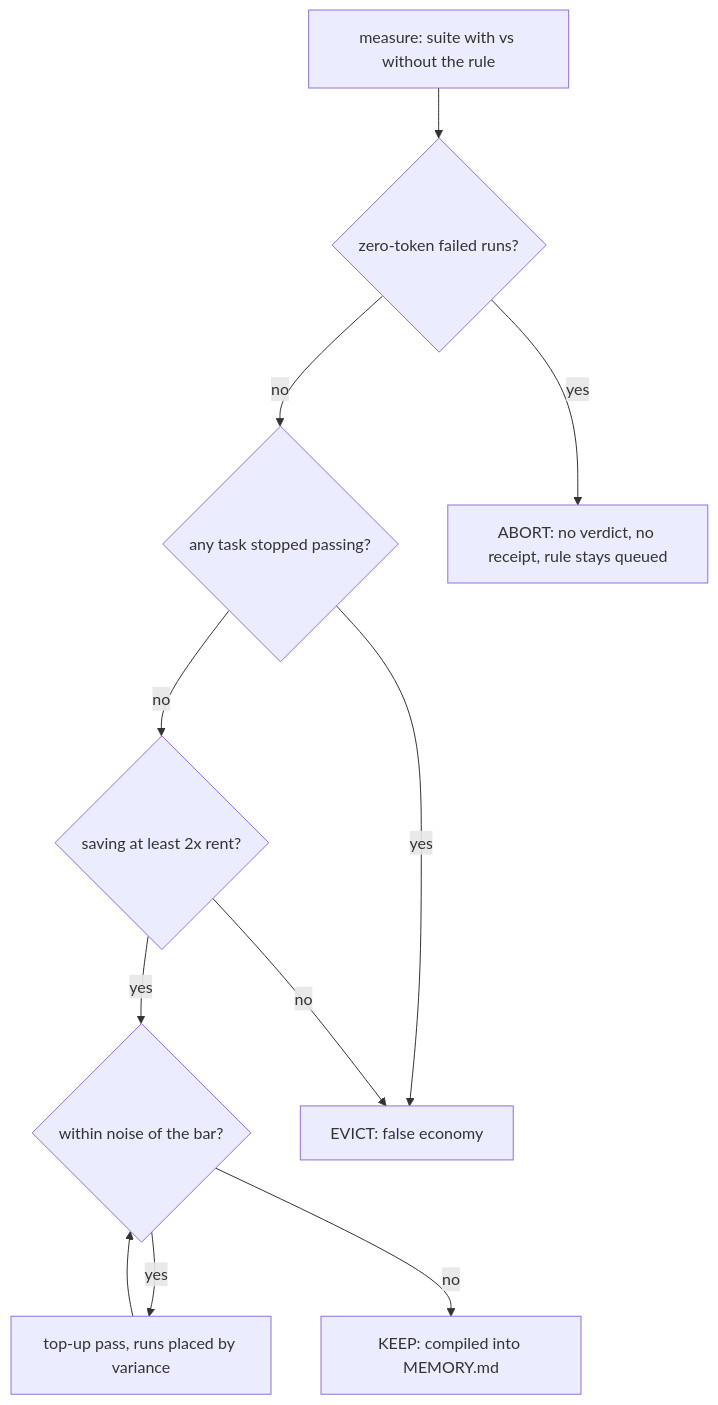
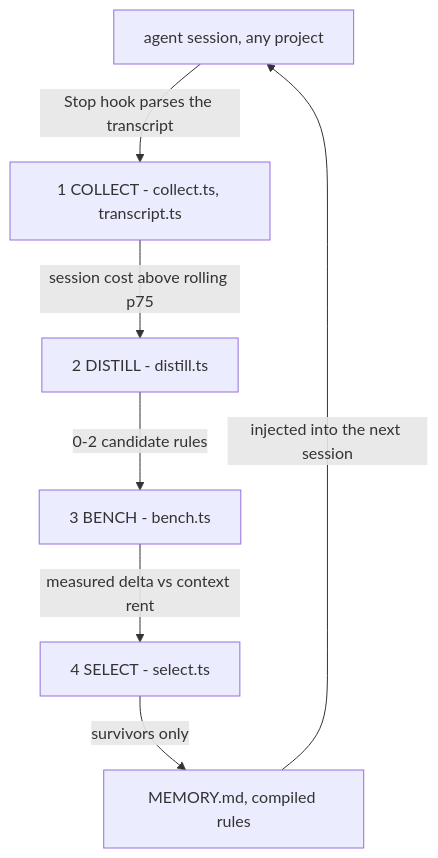
Before and after one commit to vukkt/token-warden: the diagram in README.md, drawn with Mermaid. The commit also changed other lines of this file and 1 other file, not shown here.

````diff
--- a/README.md
+++ b/README.md
@@ -38,23 +38,16 @@
 ```mermaid
 flowchart TD
-    M["measure: suite with vs without the rule"]
-    Q1{"zero-token failed runs?"}
-    Q2{"any task stopped passing?"}
-    Q3{"saving at least 2x rent?"}
-    Q4{"within noise of the bar?"}
-    AB["ABORT: no verdict, no receipt, rule stays queued"]
-    EV["EVICT: false economy"]
-    TU["top-up pass, runs placed by variance"]
-    KP["KEEP: compiled into MEMORY.md"]
+    S["agent session, any project"]
+    C["1 COLLECT - collect.ts, transcript.ts"]
+    D["2 DISTILL - distill.ts"]
+    B["3 BENCH - bench.ts"]
+    SEL["4 SELECT - select.ts"]
+    MEM["MEMORY.md, compiled rules"]
 
-    M --> Q1
-    Q1 -->|yes| AB
-    Q1 -->|no| Q2
-    Q2 -->|yes| EV
-    Q2 -->|no| Q3
-    Q3 -->|no| EV
-    Q3 -->|yes| Q4
-    Q4 -->|yes| TU
-    TU --> Q4
-    Q4 -->|no| KP
+    S -->|Stop hook parses the transcript| C
+    C -->|session cost above rolling p75| D
+    D -->|0-2 candidate rules| B
+    B -->|measured delta vs context rent| SEL
+    SEL -->|survivors only| MEM
+    MEM -->|injected into the next session| S
 ```
````
